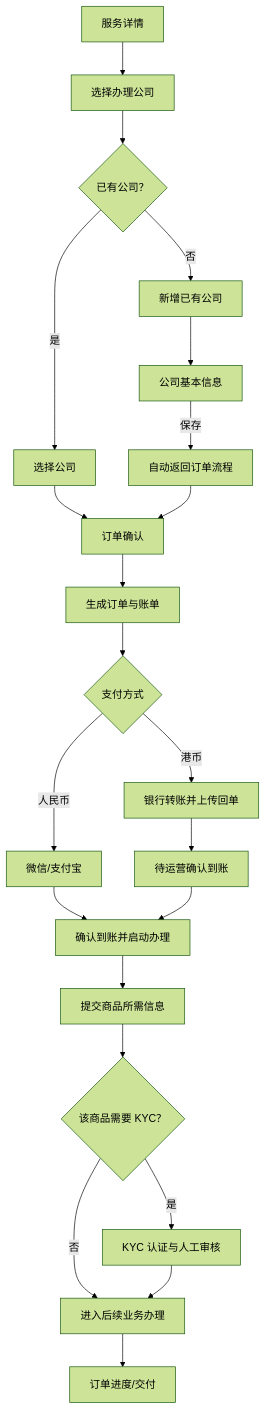
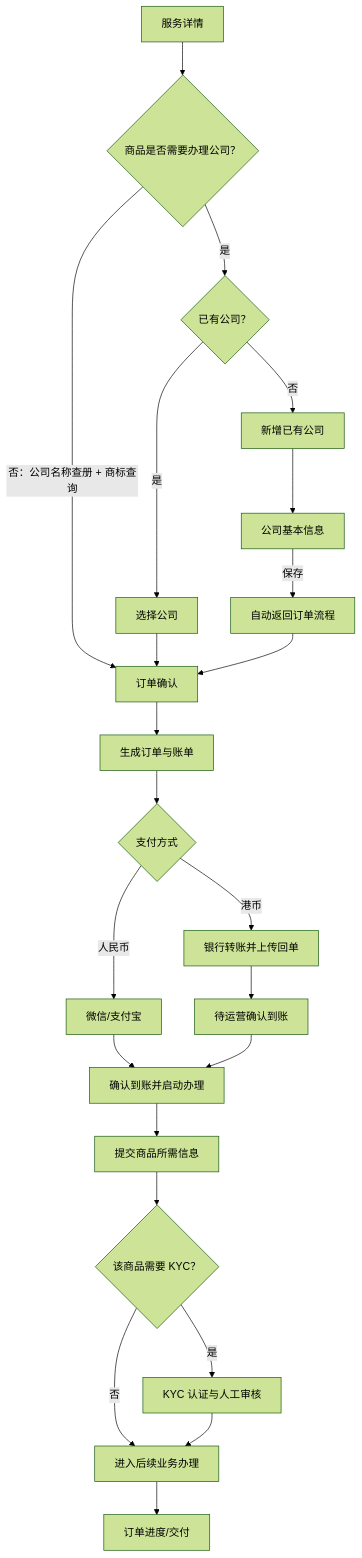
The second of 3 diagrams in docs/PRD_小程序完整版_v1.0.md (xiahan3/leapex_Leapexbiz), drawn with Mermaid (forest theme) before and after one commit. The commit also changed other lines of this file and 6 other files, not shown here.

````diff
--- a/docs/PRD_小程序完整版_v1.0.md
+++ b/docs/PRD_小程序完整版_v1.0.md
@@ -153,24 +154,25 @@
 ```mermaid
 flowchart TD
-    A["服务详情"] --> B["选择办理公司"]
-    B --> C{"已有公司？"}
+    A["服务详情"] --> B{"商品是否需要办理公司？"}
+    B -->|是| C{"已有公司？"}
+    B -->|否：公司名称查册 + 商标查询| H["订单确认"]
     C -->|是| D["选择公司"]
     C -->|否| E["新增已有公司"]
     E --> F["公司基本信息"]
     F -->|保存| G["自动返回订单流程"]
     D --> H["订单确认"]
     G --> H
     H --> I["生成订单与账单"]
     I --> J{"支付方式"}
     J -->|人民币| K["微信/支付宝"]
     J -->|港币| L["银行转账并上传回单"]
     K --> M["确认到账并启动办理"]
     L --> N["待运营确认到账"]
     N --> M
     M --> O["提交商品所需信息"]
     O --> P{"该商品需要 KYC？"}
     P -->|是| Q["KYC 认证与人工审核"]
     P -->|否| R["进入后续业务办理"]
     Q --> R
     R --> S["订单进度/交付"]
 ```
````
